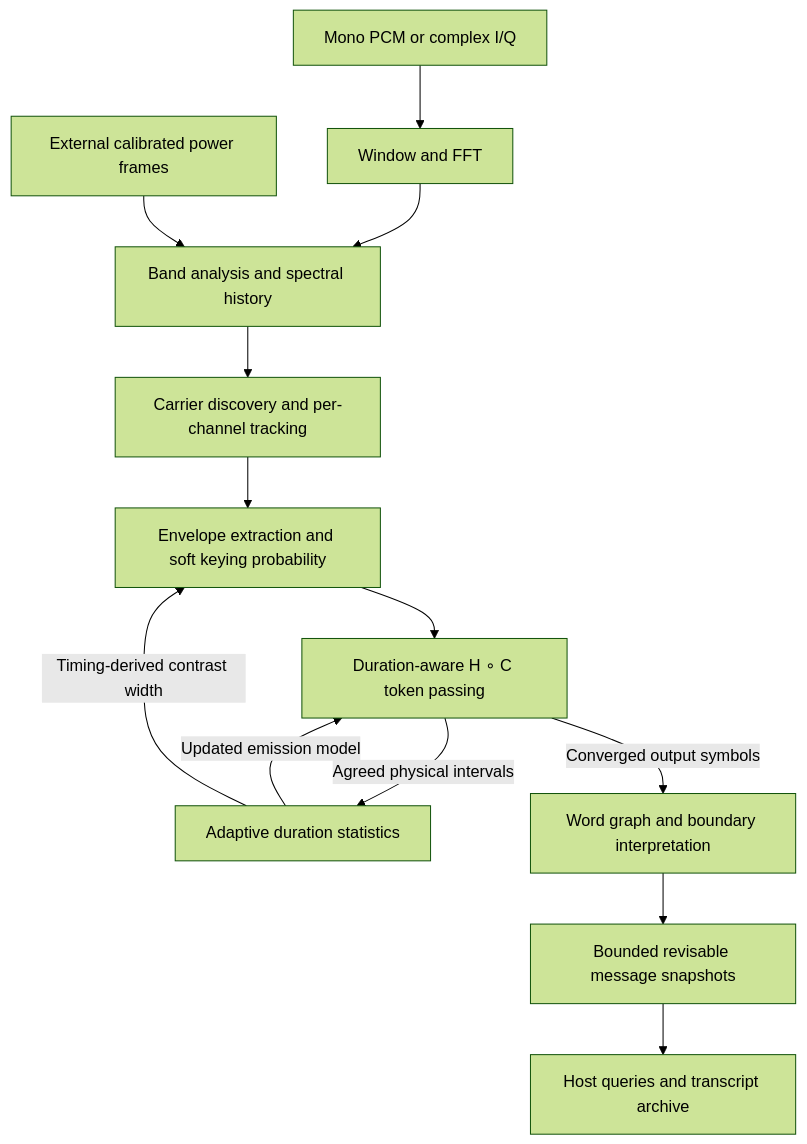
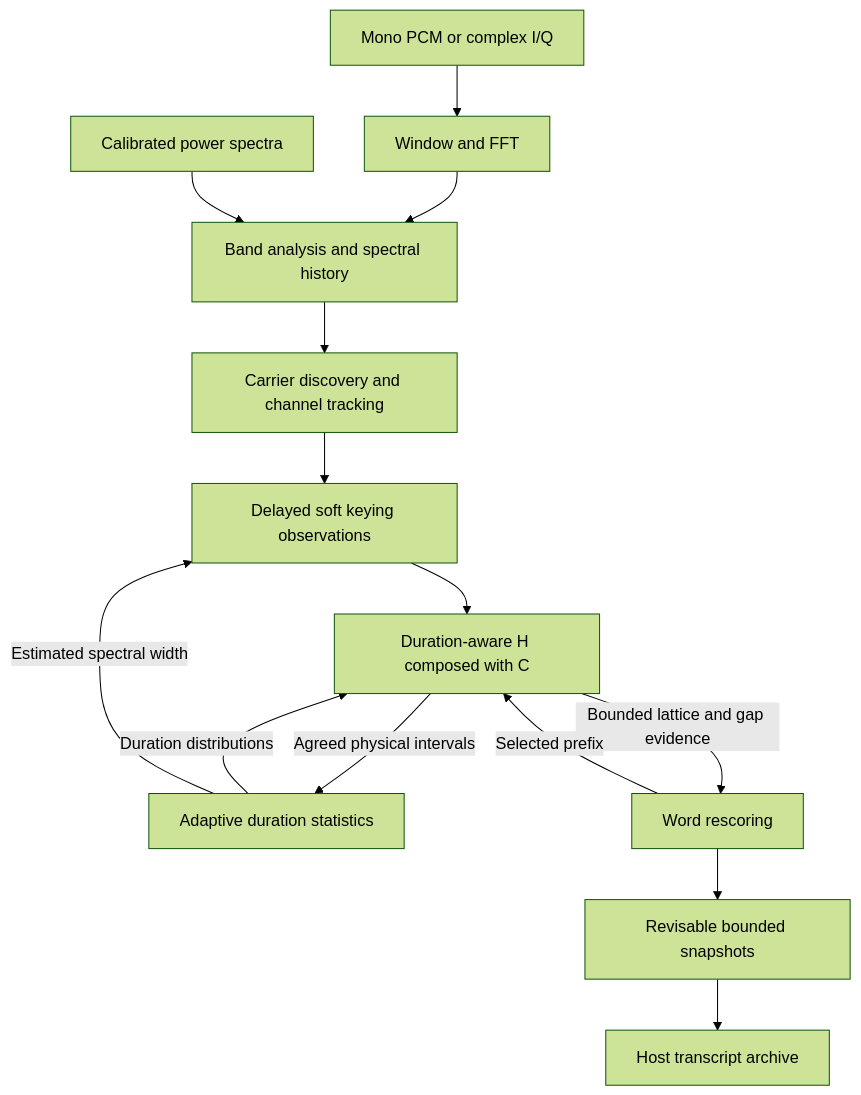
One commit to goodspeed34/libmorsedec changed the diagram in docs/design.md. Above: the diagram before and after it, drawn with Mermaid (forest theme). The commit also changed other lines of this file and 36 other files, not shown here.

First line of the commit message:
decoder: retain bounded lattices for joint word rescoring

````diff
--- a/docs/design.md
+++ b/docs/design.md
@@ -21,15 +28,16 @@
 ```mermaid
 flowchart TD
-    PCM[Mono PCM or complex I/Q] --> FFT[Window and FFT]
+    SAMPLES[Mono PCM or complex I/Q] --> FFT[Window and FFT]
     FFT --> BAND[Band analysis and spectral history]
-    EXT[External calibrated power frames] --> BAND
-    BAND --> TRACK[Carrier discovery and per-channel tracking]
-    TRACK --> SIGNAL[Envelope extraction and soft keying probability]
-    SIGNAL --> HC[Duration-aware H ∘ C token passing]
-    HC -->|Agreed physical intervals| STA[Adaptive duration statistics]
-    STA -->|Updated emission model| HC
-    STA -->|Timing-derived contrast width| SIGNAL
-    HC -->|Converged output symbols| WORD[Word graph and boundary interpretation]
-    WORD --> MSG[Bounded revisable message snapshots]
-    MSG --> HOST[Host queries and transcript archive]
+    SPECTRA[Calibrated power spectra] --> BAND
+    BAND --> CHANNELS[Carrier discovery and channel tracking]
+    CHANNELS --> SIGNAL[Delayed soft keying observations]
+    SIGNAL --> WFST[Duration-aware H composed with C]
+    WFST -->|Agreed physical intervals| STA[Adaptive duration statistics]
+    STA -->|Duration distributions| WFST
+    STA -->|Estimated spectral width| SIGNAL
+    WFST -->|Bounded lattice and gap evidence| WORD[Word rescoring]
+    WORD -->|Selected prefix| WFST
+    WORD --> MESSAGE[Revisable bounded snapshots]
+    MESSAGE --> HOST[Host transcript archive]
 ```
````
